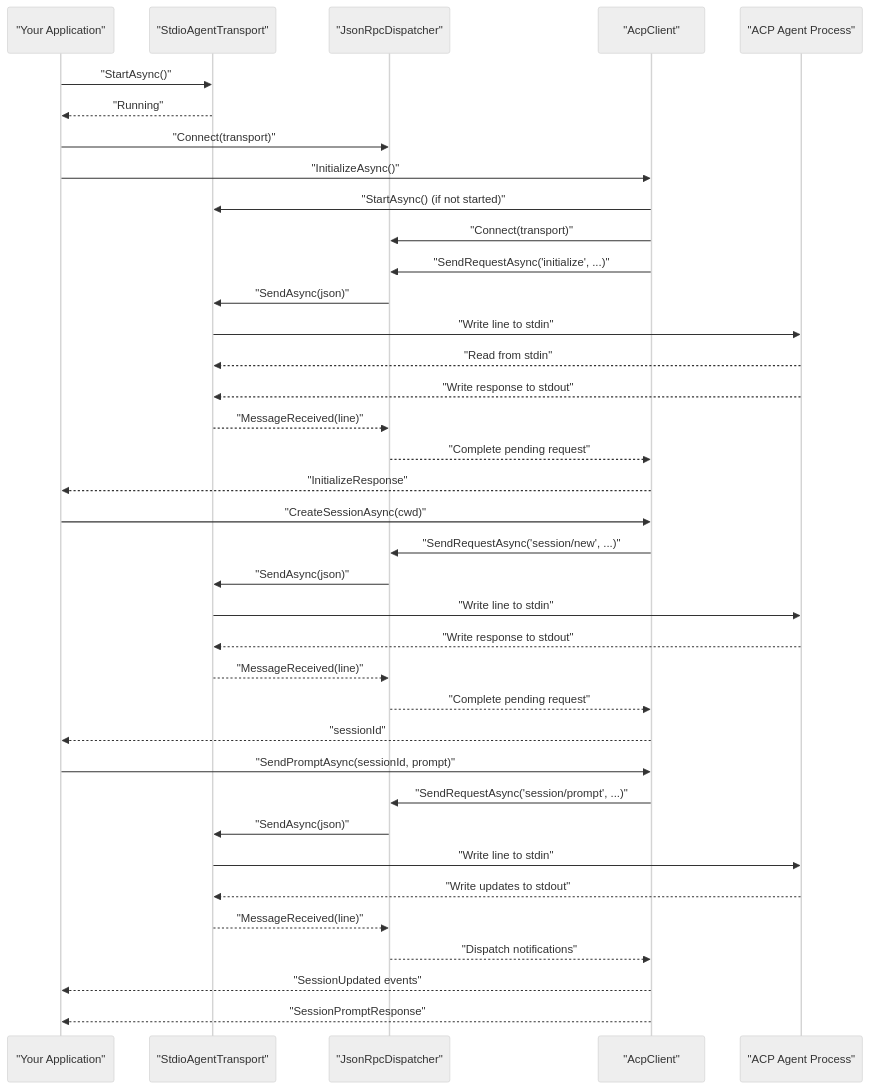
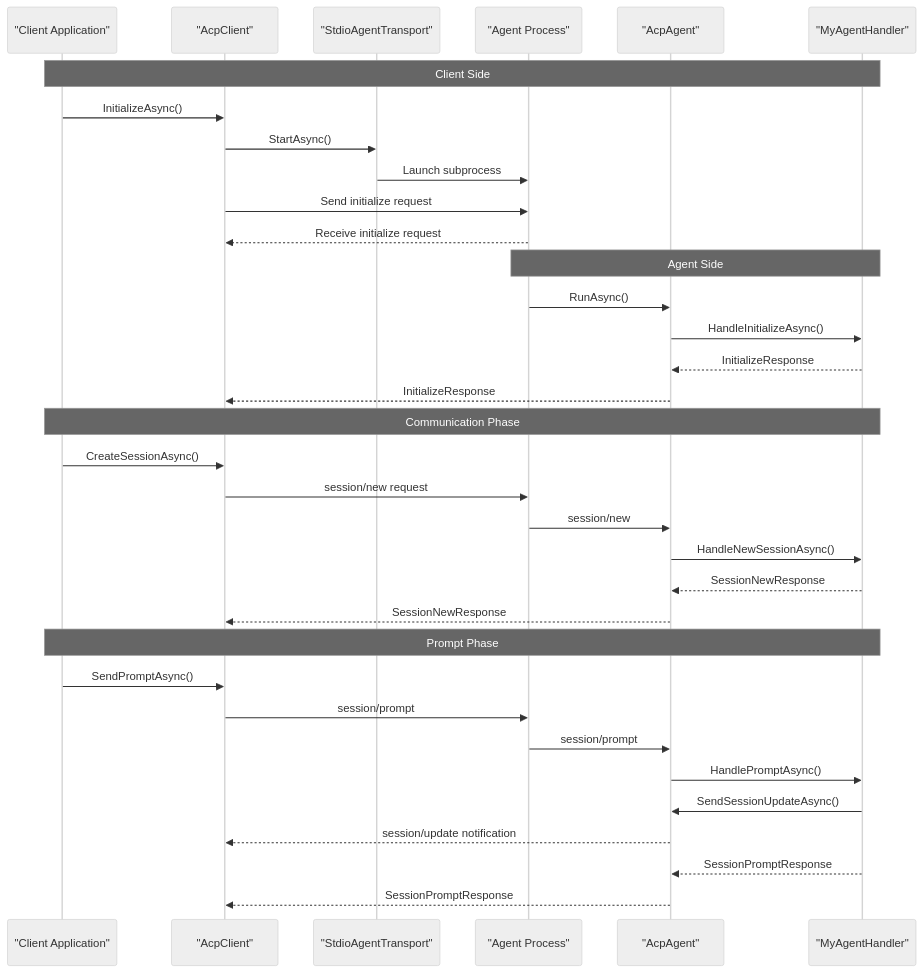
One commit to AgenticDesktop/ACPLibrary changed the first of 2 diagrams in .qoder/repowiki/en/content/Getting Started.md. Above: the diagram before and after it, drawn with Mermaid (neutral theme). The commit also changed other lines of this file and 63 other files, not shown here.

````diff
--- a/.qoder/repowiki/en/content/Getting Started.md
+++ b/.qoder/repowiki/en/content/Getting Started.md
@@ -113,39 +196,36 @@
 ```mermaid
 sequenceDiagram
-participant App as "Your Application"
+participant ClientApp as "Client Application"
+participant Client as "AcpClient"
 participant Transport as "StdioAgentTransport"
-participant Dispatcher as "JsonRpcDispatcher"
-participant Client as "AcpClient"
-participant Agent as "ACP Agent Process"
-App->>Transport : "StartAsync()"
-Transport-->>App : "Running"
-App->>Dispatcher : "Connect(transport)"
-App->>Client : "InitializeAsync()"
-Client->>Transport : "StartAsync() (if not started)"
-Client->>Dispatcher : "Connect(transport)"
-Client->>Dispatcher : "SendRequestAsync('initialize', ...)"
-Dispatcher->>Transport : "SendAsync(json)"
-Transport->>Agent : "Write line to stdin"
-Agent-->>Transport : "Read from stdin"
-Agent-->>Transport : "Write response to stdout"
-Transport-->>Dispatcher : "MessageReceived(line)"
-Dispatcher-->>Client : "Complete pending request"
-Client-->>App : "InitializeResponse"
-App->>Client : "CreateSessionAsync(cwd)"
-Client->>Dispatcher : "SendRequestAsync('session/new', ...)"
-Dispatcher->>Transport : "SendAsync(json)"
-Transport->>Agent : "Write line to stdin"
-Agent-->>Transport : "Write response to stdout"
-Transport-->>Dispatcher : "MessageReceived(line)"
-Dispatcher-->>Client : "Complete pending request"
-Client-->>App : "sessionId"
-App->>Client : "SendPromptAsync(sessionId, prompt)"
-Client->>Dispatcher : "SendRequestAsync('session/prompt', ...)"
-Dispatcher->>Transport : "SendAsync(json)"
-Transport->>Agent : "Write line to stdin"
-Agent-->>Transport : "Write updates to stdout"
-Transport-->>Dispatcher : "MessageReceived(line)"
-Dispatcher-->>Client : "Dispatch notifications"
-Client-->>App : "SessionUpdated events"
-Client-->>App : "SessionPromptResponse"
+participant AgentProc as "Agent Process"
+participant Agent as "AcpAgent"
+participant Handler as "MyAgentHandler"
+Note over ClientApp,Handler : Client Side
+ClientApp->>Client : InitializeAsync()
+Client->>Transport : StartAsync()
+Transport->>AgentProc : Launch subprocess
+Client->>AgentProc : Send initialize request
+AgentProc-->>Client : Receive initialize request
+Note over AgentProc,Handler : Agent Side
+AgentProc->>Agent : RunAsync()
+Agent->>Handler : HandleInitializeAsync()
+Handler-->>Agent : InitializeResponse
+Agent-->>Client : InitializeResponse
+Note over ClientApp,Handler : Communication Phase
+ClientApp->>Client : CreateSessionAsync()
+Client->>AgentProc : session/new request
+AgentProc->>Agent : session/new
+Agent->>Handler : HandleNewSessionAsync()
+Handler-->>Agent : SessionNewResponse
+Agent-->>Client : SessionNewResponse
+Note over ClientApp,Handler : Prompt Phase
+ClientApp->>Client : SendPromptAsync()
+Client->>AgentProc : session/prompt
+AgentProc->>Agent : session/prompt
+Agent->>Handler : HandlePromptAsync()
+Handler->>Agent : SendSessionUpdateAsync()
+Agent-->>Client : session/update notification
+Handler-->>Agent : SessionPromptResponse
+Agent-->>Client : SessionPromptResponse
 ```
````
